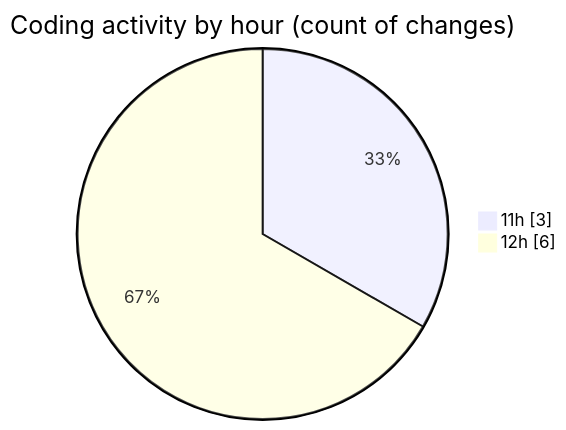
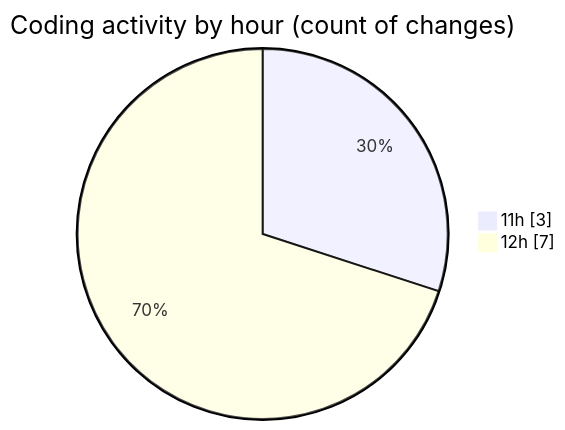
Before and after one commit to nxtqubesakshisongat/code-tracking: the second of 2 diagrams in 2026-06-22/nxtqube_webapp/README.md, drawn with Mermaid. The commit also changed other lines of this file and 1 other file, not shown here.

````diff
--- a/2026-06-22/nxtqube_webapp/README.md
+++ b/2026-06-22/nxtqube_webapp/README.md
@@ -29,6 +31,6 @@
 ```mermaid
 pie showData
 title Coding activity by hour (count of changes)
 "11h" : 3
-"12h" : 6
+"12h" : 7
 ```
````
